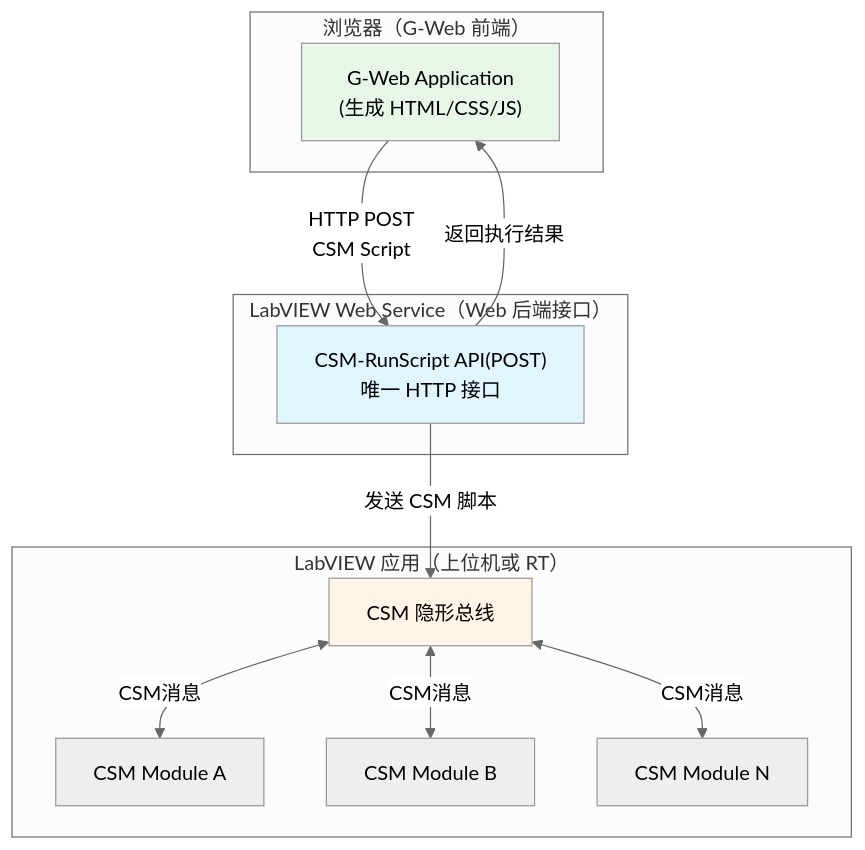
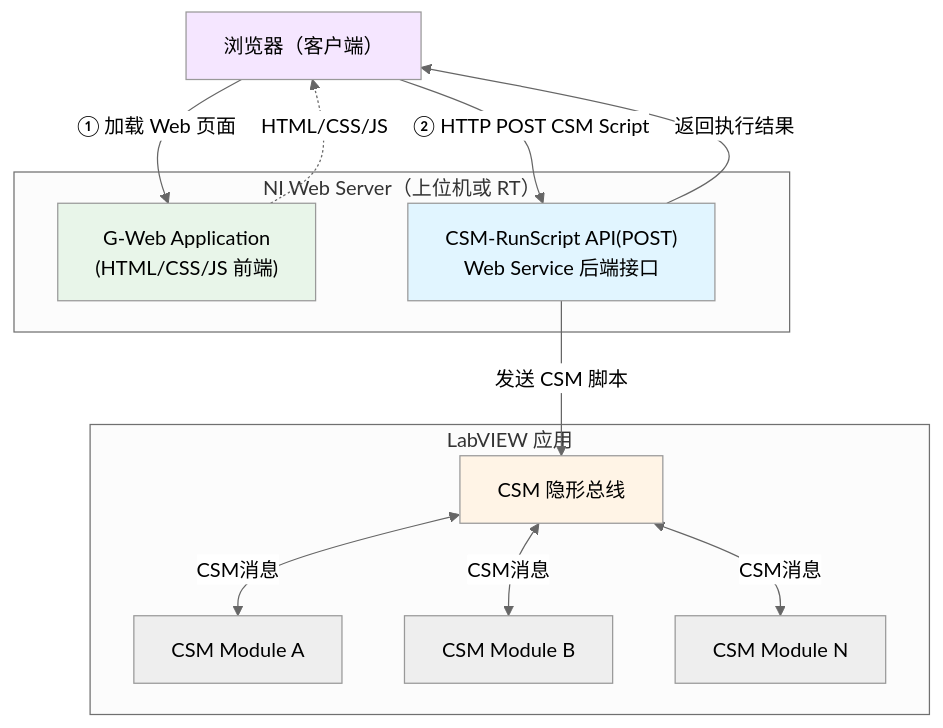
One commit to NEVSTOP-LAB/CSM-Wiki changed the first of 4 diagrams in docs/examples/csm-gweb-development.md. Above: the diagram before and after it, drawn with Mermaid (neutral theme). The commit also changed other lines of this file, not shown here.

Commit message:
修正架构图、重组实现步骤、添加参考链接和部署说明

````diff
--- a/docs/examples/csm-gweb-development.md
+++ b/docs/examples/csm-gweb-development.md
@@ -43,28 +43,30 @@
 ```mermaid
 graph TB
-    subgraph "浏览器（G-Web 前端）"
-        GW["G-Web Application<br/>(生成 HTML/CSS/JS)"]
+    Browser["浏览器（客户端）"]
+
+    subgraph "NI Web Server（上位机或 RT）"
+        GW["G-Web Application<br/>(HTML/CSS/JS 前端)"]
+        RS["CSM-RunScript API(POST)<br/>Web Service 后端接口"]
     end
 
-    subgraph "LabVIEW Web Service（Web 后端接口）"
-        RS["CSM-RunScript API(POST)<br/>唯一 HTTP 接口"]
-    end
-
-    subgraph "LabVIEW 应用（上位机或 RT）"
+    subgraph "LabVIEW 应用"
         Bus[CSM 隐形总线]
         M1[CSM Module A]
         M2[CSM Module B]
         MN[CSM Module N]
     end
 
-    GW -->|HTTP POST<br/>CSM Script| RS
+    Browser -->|"① 加载 Web 页面"| GW
+    GW -.->|"HTML/CSS/JS"| Browser
+    Browser -->|"② HTTP POST CSM Script"| RS
     RS -->|发送 CSM 脚本| Bus
     Bus <-->|CSM消息| M1
     Bus <-->|CSM消息| M2
     Bus <-->|CSM消息| MN
-    RS -->|返回执行结果| GW
+    RS -->|返回执行结果| Browser
 
     style RS fill:#e1f5ff
     style Bus fill:#fff4e6
     style GW fill:#e8f5e9
+    style Browser fill:#f5e6ff
 ```
````
